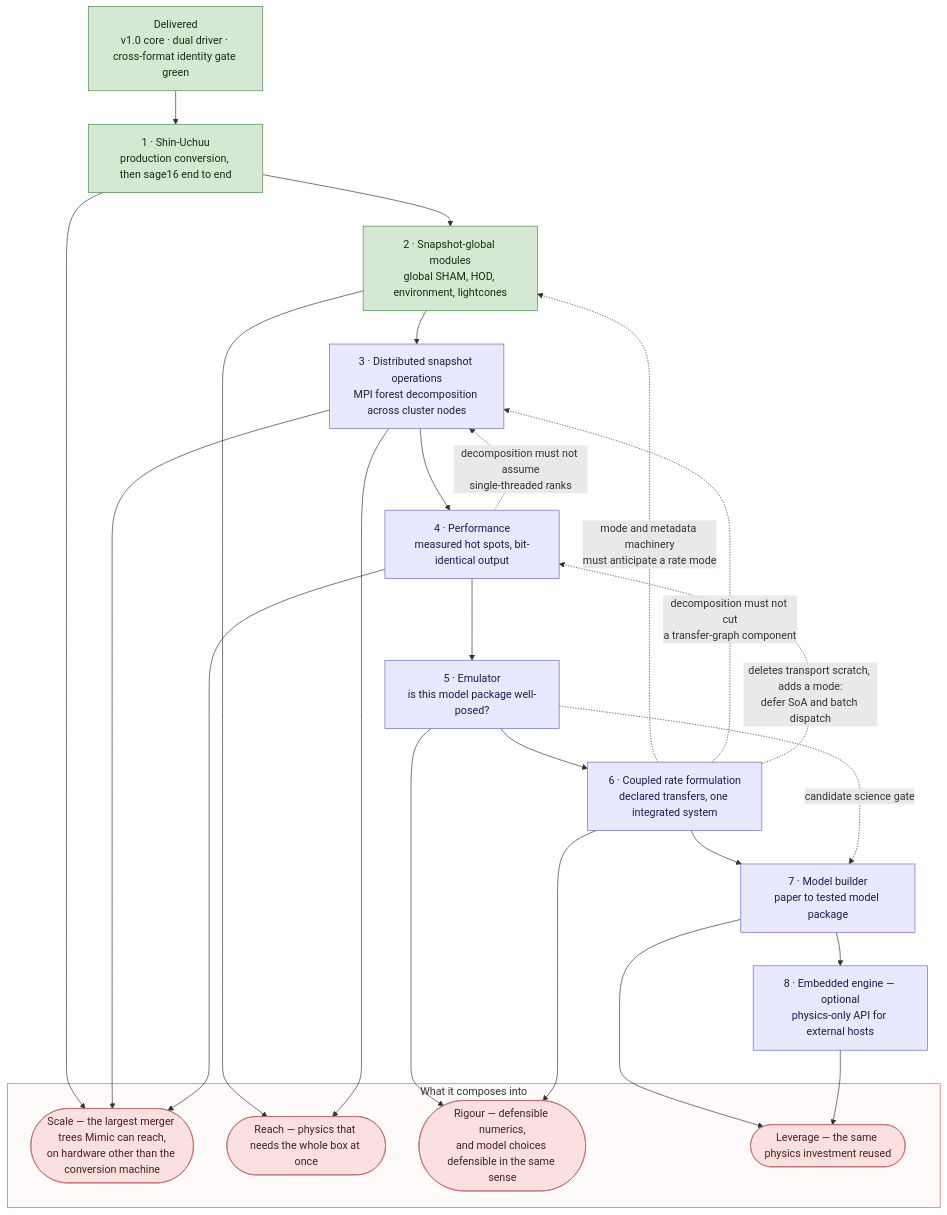
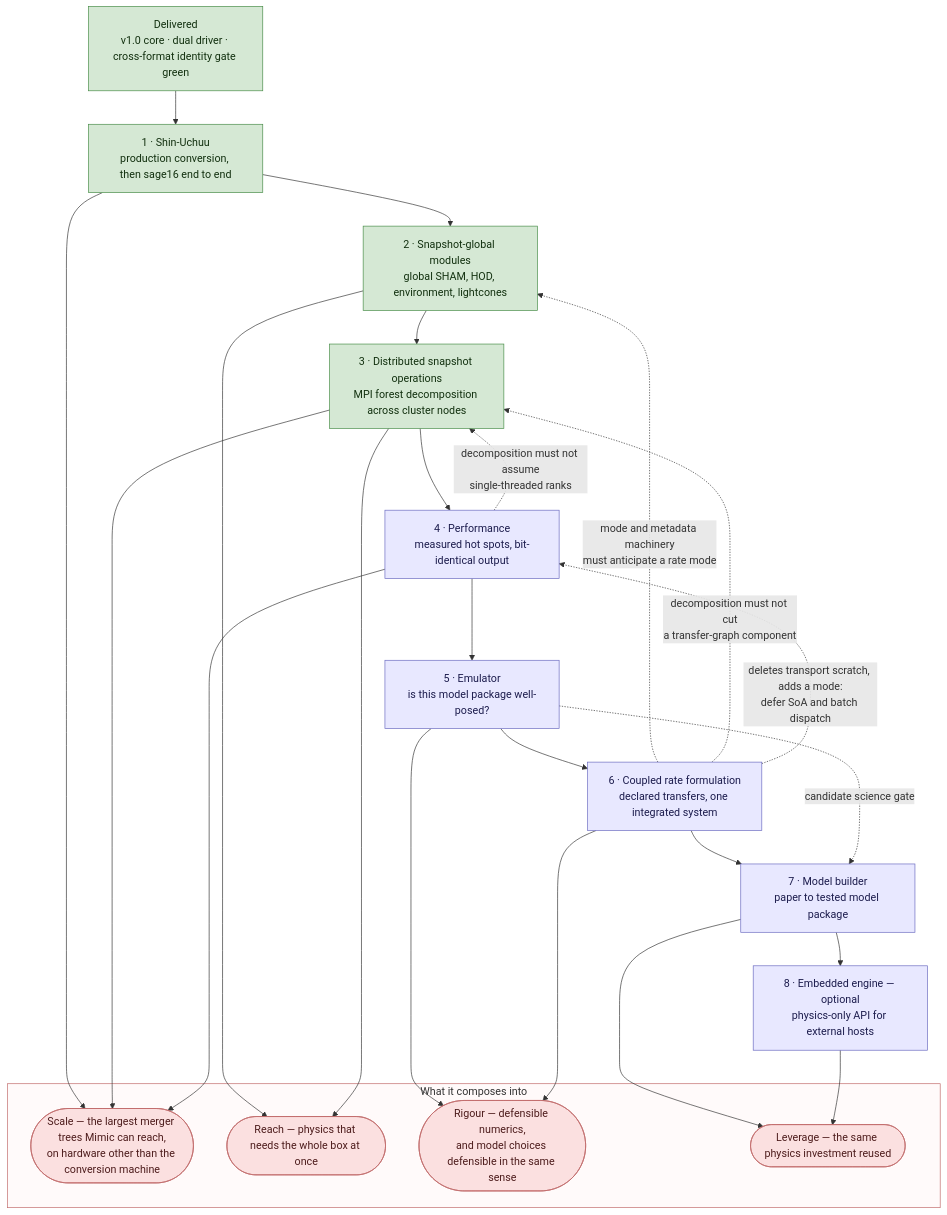
Before and after one commit to darrencroton/mimic: the diagram in docs/dev/MIMIC-DEVELOPMENT-PATHWAY.md, drawn with Mermaid. The commit also changed other lines of this file and 13 other files, not shown here.

````diff
--- a/docs/dev/MIMIC-DEVELOPMENT-PATHWAY.md
+++ b/docs/dev/MIMIC-DEVELOPMENT-PATHWAY.md
@@ -31,49 +31,49 @@
 ```mermaid
 flowchart TD
     DONE["Delivered<br/>v1.0 core · dual driver · cross-format identity gate green"]
 
     S1["1 · Shin-Uchuu<br/>production conversion, then sage16 end to end"]
     S2["2 · Snapshot-global modules<br/>global SHAM, HOD, environment, lightcones"]
     S3["3 · Distributed snapshot operations<br/>MPI forest decomposition across cluster nodes"]
     S4["4 · Performance<br/>measured hot spots, bit-identical output"]
     S5["5 · Emulator<br/>is this model package well-posed?"]
     S6["6 · Coupled rate formulation<br/>declared transfers, one integrated system"]
     S7["7 · Model builder<br/>paper to tested model package"]
     S8["8 · Embedded engine — optional<br/>physics-only API for external hosts"]
 
     subgraph VALUE["What it composes into"]
         VSCALE(["Scale — the largest merger trees Mimic can reach,<br/>on hardware other than the conversion machine"])
         VREACH(["Reach — physics that needs the whole box at once"])
         VRIGOUR(["Rigour — defensible numerics,<br/>and model choices defensible in the same sense"])
         VLEVER(["Leverage — the same physics investment reused"])
     end
 
     DONE --> S1 --> S2 --> S3 --> S4 --> S5 --> S6 --> S7 --> S8
 
     S6 -.->|mode and metadata machinery<br/>must anticipate a rate mode| S2
     S6 -.->|decomposition must not cut<br/>a transfer-graph component| S3
     S6 -.->|deletes transport scratch, adds a mode:<br/>defer SoA and batch dispatch| S4
     S4 -.->|decomposition must not assume<br/>single-threaded ranks| S3
     S5 -.->|candidate science gate| S7
 
     S1 --> VSCALE
     S3 --> VSCALE
     S4 --> VSCALE
     S2 --> VREACH
     S3 --> VREACH
     S5 --> VRIGOUR
     S6 --> VRIGOUR
     S7 --> VLEVER
     S8 --> VLEVER
 
     classDef done fill:#d5e8d4,stroke:#478c47,color:#12300f
     classDef step fill:#e8e8ff,stroke:#6a6ac0,color:#1c1c4d
     classDef flight fill:#fff2cc,stroke:#c8a415,color:#3d3000
     classDef value fill:#fbe0e0,stroke:#c06a6a,color:#4d1c1c
     class DONE done
-    class S1,S2 done
-    class S3,S4,S5,S6,S7,S8 step
+    class S1,S2,S3 done
+    class S4,S5,S6,S7,S8 step
     class VSCALE,VREACH,VRIGOUR,VLEVER value
 
     style VALUE fill:#fffafa,stroke:#c06a6a
 ```
````
